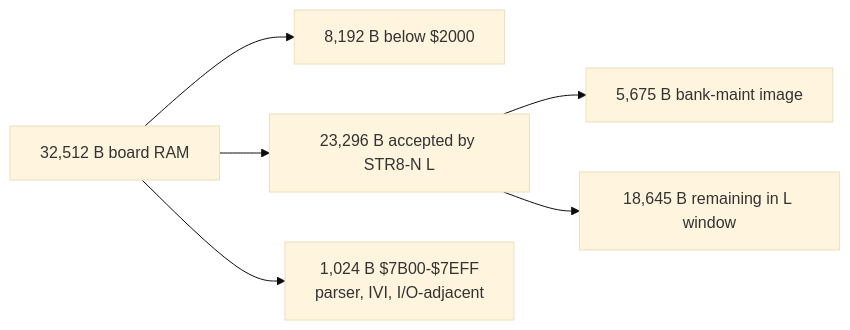
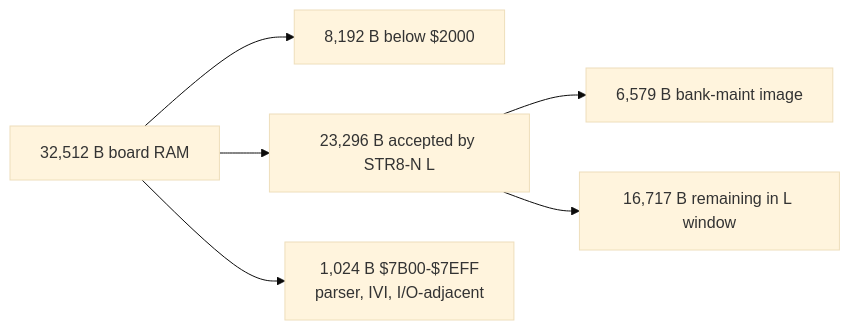
Before and after one commit to 95westus/STR8-N: the tenth of 14 diagrams in docs/MAPS.md, drawn with Mermaid (base theme). The commit also changed other lines of this file and 5 other files, not shown here.

````diff
--- a/docs/MAPS.md
+++ b/docs/MAPS.md
@@ -293,8 +318,8 @@
 ```mermaid
 flowchart LR
     TOTAL[32,512 B board RAM] --> LOW[8,192 B below $2000]
     TOTAL --> LWIN[23,296 B accepted by STR8-N L]
     TOTAL --> HIGH[1,024 B $7B00-$7EFF<br/>parser, IVI, I/O-adjacent]
-    LWIN --> BMIMG[5,675 B bank-maint image]
-    LWIN --> LOTHER[18,645 B remaining in L window]
+    LWIN --> BMIMG[6,579 B bank-maint image]
+    LWIN --> LOTHER[16,717 B remaining in L window]
 ```
````
